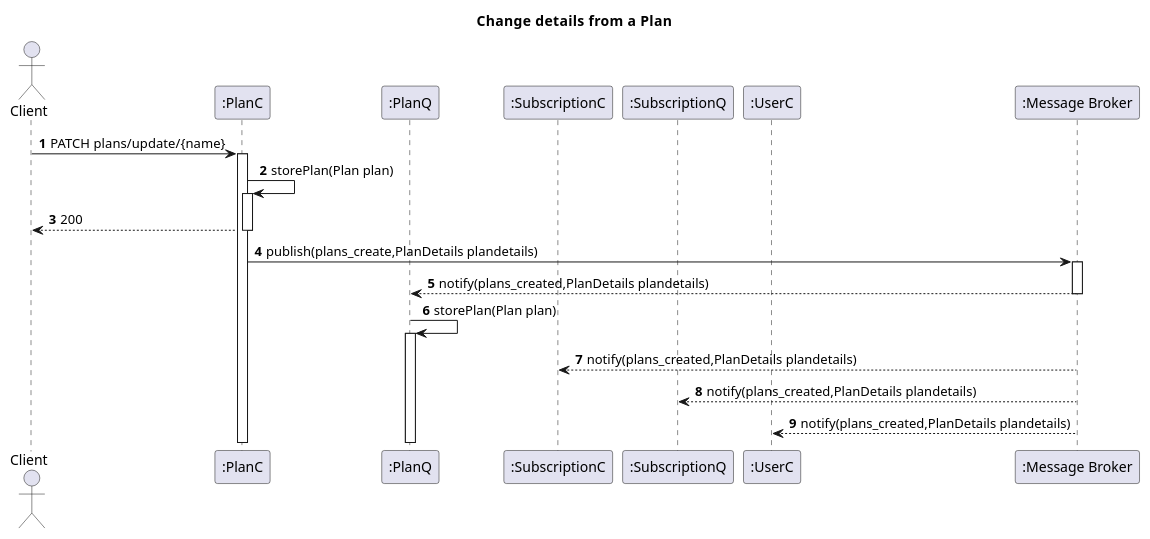
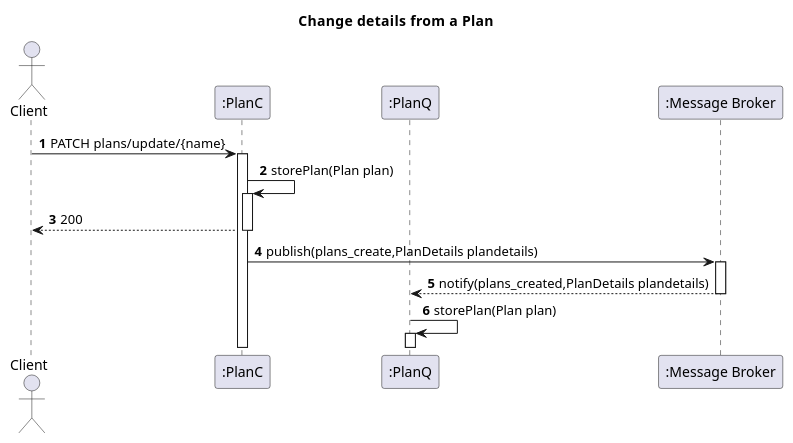
Before and after one commit to IsepMartimOliveira/SIDIS: the diagram in docs_sidis/Segunda_Avalição/Plans/Vista_Logica/N2/N2_ChangeDetails_Plan.puml, drawn with PlantUML. The commit also changed 6 other files, not shown here.

```diff
--- a/docs_sidis/Segunda_Avalição/Plans/Vista_Logica/N2/N2_ChangeDetails_Plan.puml
+++ b/docs_sidis/Segunda_Avalição/Plans/Vista_Logica/N2/N2_ChangeDetails_Plan.puml
@@ -1,38 +1,23 @@
 @startuml
 'https://plantuml.com/sequence-diagram
 autoactivate on
 autonumber
 title  Change details from  a  Plan
 
 autonumber
 
 actor "Client" as Ac
 participant ":PlanC" as Auth
 participant ":PlanQ" as Serv
-participant ":SubscriptionC" as SubC
-participant ":SubscriptionQ" as SubQ
-participant ":UserC" as UserC
+
 participant ":Message Broker" as Broker
 
 Ac->Auth:PATCH plans/update/{name}
 Auth->Auth:storePlan(Plan plan)
 Auth-->Ac:200
 
 Auth->Broker: publish(plans_create,PlanDetails plandetails)
 Broker-->Serv:notify(plans_created,PlanDetails plandetails)
 Serv->Serv:storePlan(Plan plan)
 
-Broker-->SubC:notify(plans_created,PlanDetails plandetails)
-Broker-->SubQ:notify(plans_created,PlanDetails plandetails)
-
-Broker-->UserC:notify(plans_created,PlanDetails plandetails)
-
-
-
-
-
-
-
-
-
 @enduml
```
